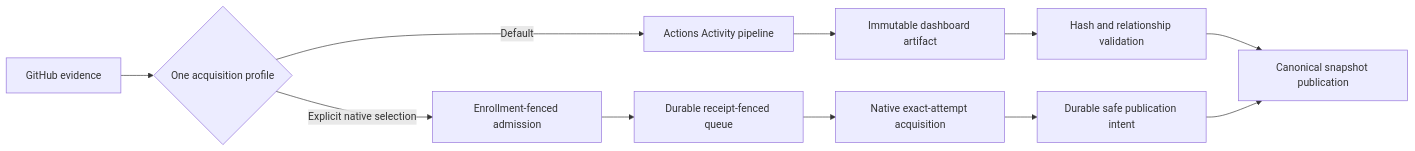
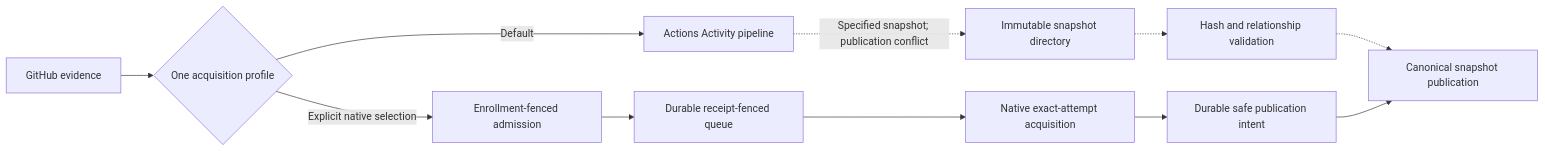
The third of 15 diagrams in docs/dashboard-data-architecture.md (githubnext/gh-cao), drawn with Mermaid before and after one commit. The commit also changed other lines of this file, not shown here.

First line of the commit message:
Qualify Actions-profile snapshot publication in data architecture guide

````diff
--- a/docs/dashboard-data-architecture.md
+++ b/docs/dashboard-data-architecture.md
@@ -127,15 +127,15 @@
 ```mermaid
 flowchart LR
   accTitle: Mutually exclusive acquisition profiles
-  accDescr: The default Actions profile publishes verified artifacts. The optional native collector acquires exact-attempt evidence through durable admission and publication. Both feed the same canonical model, but must not co-write one dataset.
+  accDescr: The default Actions profile is specified to produce an immutable snapshot for verification and canonical publication. Current operator guidance says no Actions workflow publishes an operational artifact, so that step is a source conflict. The optional native collector acquires exact-attempt evidence through durable admission and publication. Both feed the same canonical model, but must not co-write one dataset.
   GitHub["GitHub evidence"] --> Choice{"One acquisition profile"}
   Choice -->|Default| Actions["Actions Activity pipeline"]
-  Actions --> Artifact["Immutable dashboard artifact"]
-  Artifact --> Verify["Hash and relationship validation"]
-  Verify --> Snapshot["Canonical snapshot publication"]
+  Actions -.->|"Specified snapshot; publication conflict"| Artifact["Immutable snapshot directory"]
+  Artifact -.-> Verify["Hash and relationship validation"]
+  Verify -.-> Snapshot["Canonical snapshot publication"]
   Choice -->|Explicit native selection| Admission["Enrollment-fenced admission"]
   Admission --> Queue["Durable receipt-fenced queue"]
   Queue --> Native["Native exact-attempt acquisition"]
   Native --> Intent["Durable safe publication intent"]
   Intent --> Snapshot
 ```
````
